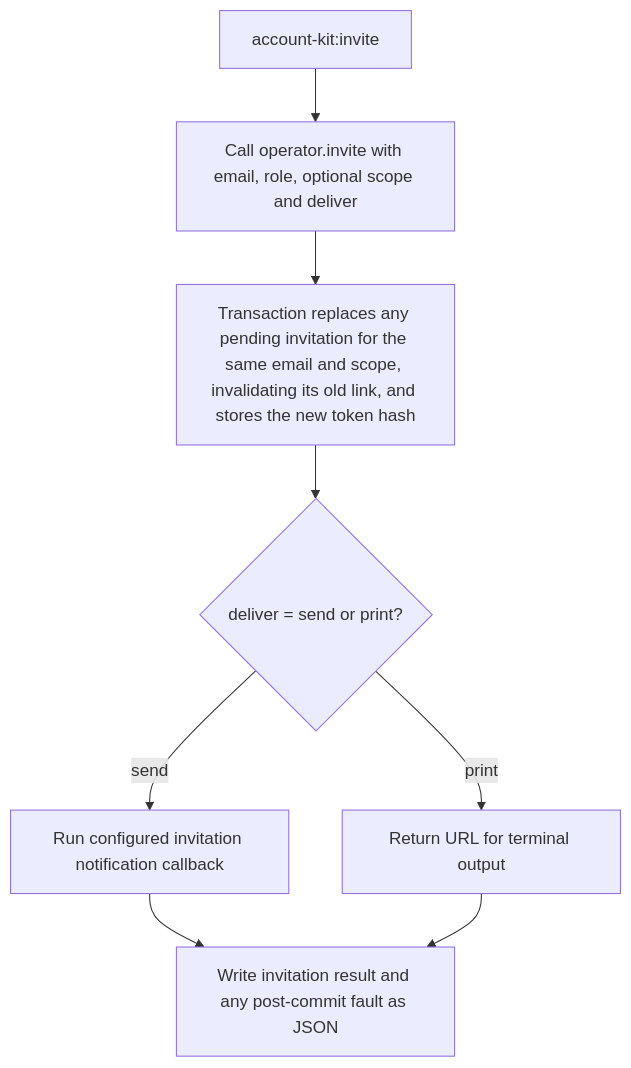
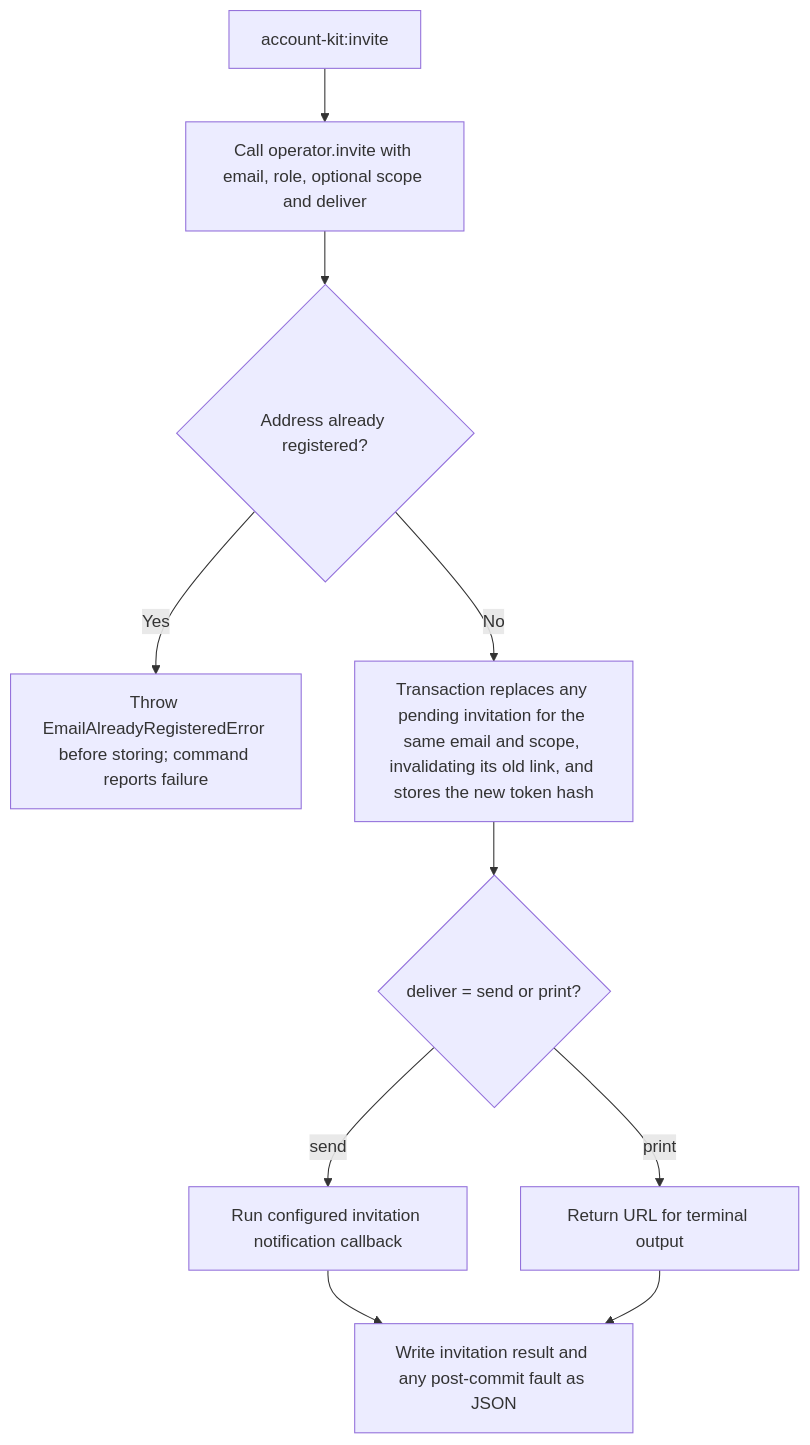
The second of 2 diagrams in user-stories/US-ACCOUNT-36-use-operator-account-commands.md (Kevinjohn/oss-adonisjs-account-kit), drawn with Mermaid before and after one commit. The commit also changed other lines of this file and 22 other files, not shown here.

````diff
--- a/user-stories/US-ACCOUNT-36-use-operator-account-commands.md
+++ b/user-stories/US-ACCOUNT-36-use-operator-account-commands.md
@@ -36,10 +36,12 @@
 ```mermaid
 flowchart TD
  A["account-kit:invite"] --> B["Call operator.invite with email, role, optional scope and deliver"]
- B --> C["Transaction replaces any pending invitation for the same email and scope, invalidating its old link, and stores the new token hash"]
+ B --> B1{"Address already registered?"}
+ B1 -->|Yes| B2["Throw EmailAlreadyRegisteredError before storing; command reports failure"]
+ B1 -->|No| C["Transaction replaces any pending invitation for the same email and scope, invalidating its old link, and stores the new token hash"]
  C --> D{"deliver = send or print?"}
  D -->|send| E["Run configured invitation notification callback"]
  D -->|print| F["Return URL for terminal output"]
  E --> G["Write invitation result and any post-commit fault as JSON"]
  F --> G
 ```
````
